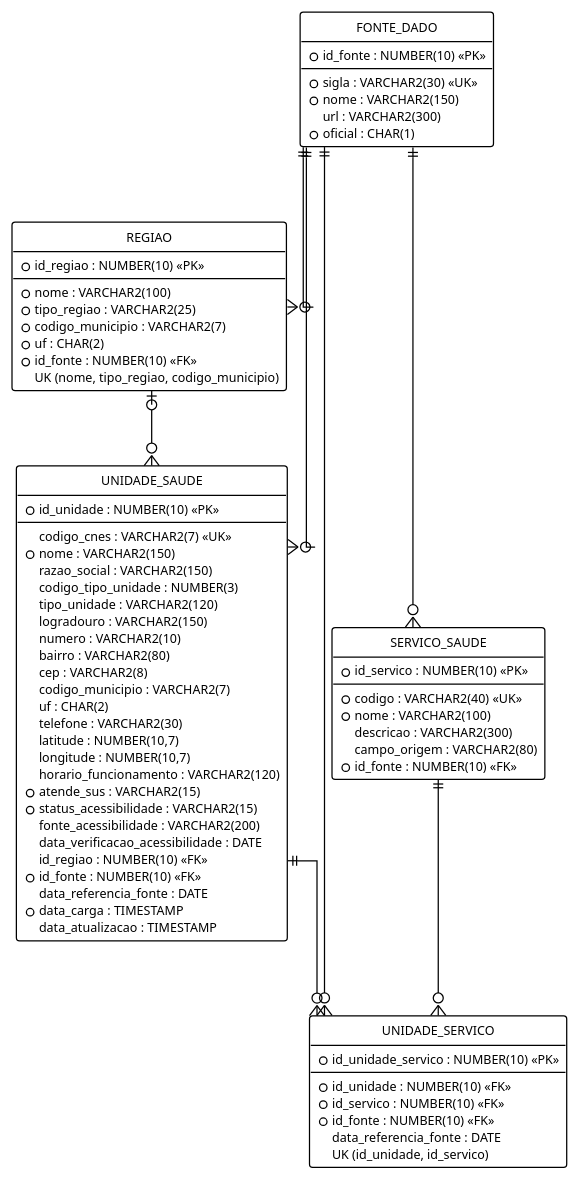
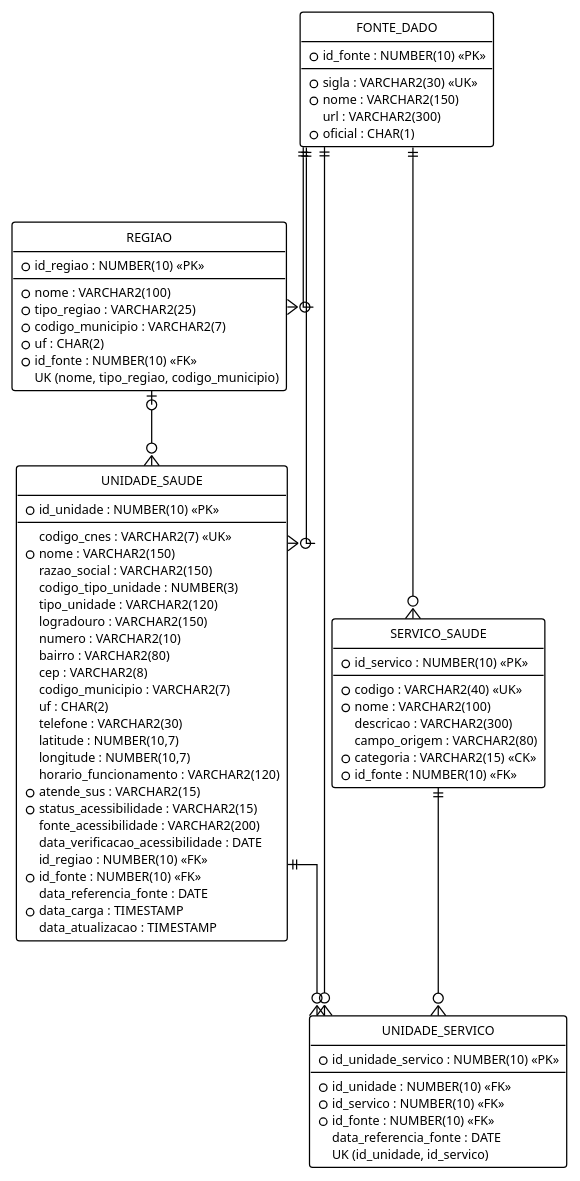
Before and after one commit to nsantos1/vias: the diagram in services/api/docs/diagramas/der.puml, drawn with PlantUML. The commit also changed 12 other files, not shown here.

Commit message:
docs(api): atualiza diagramas, endpoints e README com percurso e V5/V6; PDF fora do repositório

```diff
--- a/services/api/docs/diagramas/der.puml
+++ b/services/api/docs/diagramas/der.puml
@@ -1,82 +1,83 @@
 @startuml der
 !theme plain
 skinparam linetype ortho
 skinparam shadowing false
 skinparam defaultFontName Arial
 skinparam defaultFontSize 10
 hide circle
 hide empty members
 
 entity "FONTE_DADO" as fonte {
   * id_fonte : NUMBER(10) <<PK>>
   --
   * sigla : VARCHAR2(30) <<UK>>
   * nome : VARCHAR2(150)
   url : VARCHAR2(300)
   * oficial : CHAR(1)
 }
 entity "REGIAO" as regiao {
   * id_regiao : NUMBER(10) <<PK>>
   --
   * nome : VARCHAR2(100)
   * tipo_regiao : VARCHAR2(25)
   * codigo_municipio : VARCHAR2(7)
   * uf : CHAR(2)
   * id_fonte : NUMBER(10) <<FK>>
   UK (nome, tipo_regiao, codigo_municipio)
 }
 entity "UNIDADE_SAUDE" as unidade {
   * id_unidade : NUMBER(10) <<PK>>
   --
   codigo_cnes : VARCHAR2(7) <<UK>>
   * nome : VARCHAR2(150)
   razao_social : VARCHAR2(150)
   codigo_tipo_unidade : NUMBER(3)
   tipo_unidade : VARCHAR2(120)
   logradouro : VARCHAR2(150)
   numero : VARCHAR2(10)
   bairro : VARCHAR2(80)
   cep : VARCHAR2(8)
   codigo_municipio : VARCHAR2(7)
   uf : CHAR(2)
   telefone : VARCHAR2(30)
   latitude : NUMBER(10,7)
   longitude : NUMBER(10,7)
   horario_funcionamento : VARCHAR2(120)
   * atende_sus : VARCHAR2(15)
   * status_acessibilidade : VARCHAR2(15)
   fonte_acessibilidade : VARCHAR2(200)
   data_verificacao_acessibilidade : DATE
   id_regiao : NUMBER(10) <<FK>>
   * id_fonte : NUMBER(10) <<FK>>
   data_referencia_fonte : DATE
   * data_carga : TIMESTAMP
   data_atualizacao : TIMESTAMP
 }
 entity "SERVICO_SAUDE" as servico {
   * id_servico : NUMBER(10) <<PK>>
   --
   * codigo : VARCHAR2(40) <<UK>>
   * nome : VARCHAR2(100)
   descricao : VARCHAR2(300)
   campo_origem : VARCHAR2(80)
+  * categoria : VARCHAR2(15) <<CK>>
   * id_fonte : NUMBER(10) <<FK>>
 }
 entity "UNIDADE_SERVICO" as us {
   * id_unidade_servico : NUMBER(10) <<PK>>
   --
   * id_unidade : NUMBER(10) <<FK>>
   * id_servico : NUMBER(10) <<FK>>
   * id_fonte : NUMBER(10) <<FK>>
   data_referencia_fonte : DATE
   UK (id_unidade, id_servico)
 }
 
 regiao |o--o{ unidade
 unidade ||--o{ us
 servico ||--o{ us
 fonte ||--o{ unidade
 fonte ||--o{ us
 fonte ||--o{ servico
 fonte ||--o{ regiao
 @enduml
```
